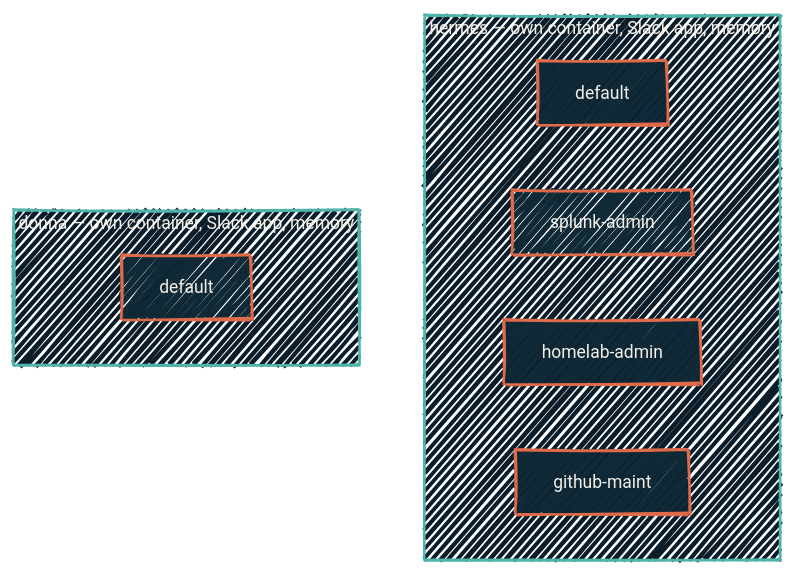
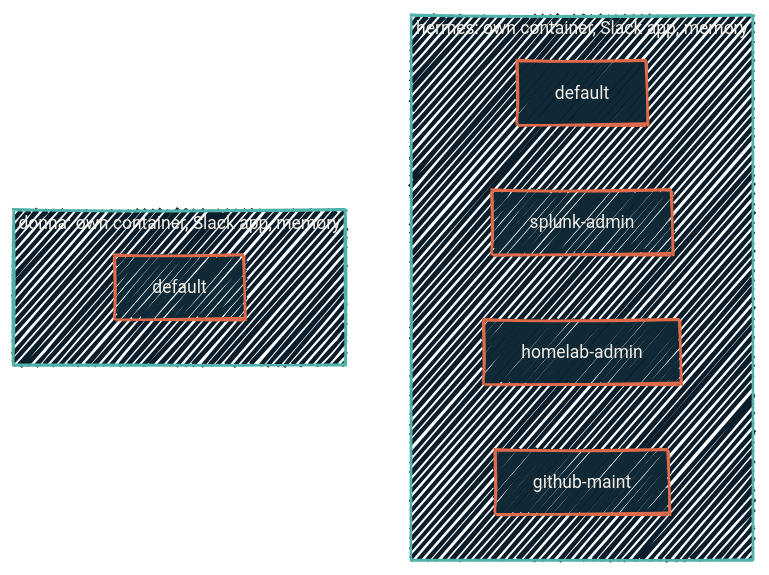
One commit to dryvist/docs changed the first of 3 diagrams in autonomous-agents/hermes-agent.mdx. Above: the diagram before and after it, drawn with Mermaid. The commit also changed other lines of this file and 78 other files, not shown here.

````diff
--- a/autonomous-agents/hermes-agent.mdx
+++ b/autonomous-agents/hermes-agent.mdx
@@ -46,20 +46,20 @@
 ```mermaid
 %%{init:
   {'theme':'base','look':'handDrawn','themeVariables':{'fontFamily':'Geist','fontSize':'14px','primaryColor':'#102937','primaryTextColor':'#F4EFE6','primaryBorderColor':'#4FB3A9','lineColor':'#4FB3A9','secondaryColor':'#0B1D2A','tertiaryColor':'#1A2A38','clusterBkg':'rgba(79,179,169,0.08)','clusterBorder':'#4FB3A9'}}}%%
   flowchart TB
-  subgraph HermesC["hermes — own container, Slack app, memory"]
+  subgraph HermesC["hermes: own container, Slack app, memory"]
   HD[default]
   HS[splunk-admin]
   HH[homelab-admin]
   HG[github-maint]
   end
-  subgraph DonnaC["donna — own container, Slack app, memory"]
+  subgraph DonnaC["donna: own container, Slack app, memory"]
   DD[default]
   end
 
   classDef container fill:#0B1D2A,stroke:#4FB3A9,stroke-width:2px,color:#F4EFE6;
   classDef profile fill:#102937,stroke:#E06B4A,stroke-width:2px,color:#F4EFE6;
 
   class HermesC,DonnaC container
   class HD,HS,HH,HG,DD profile
 ```
````
